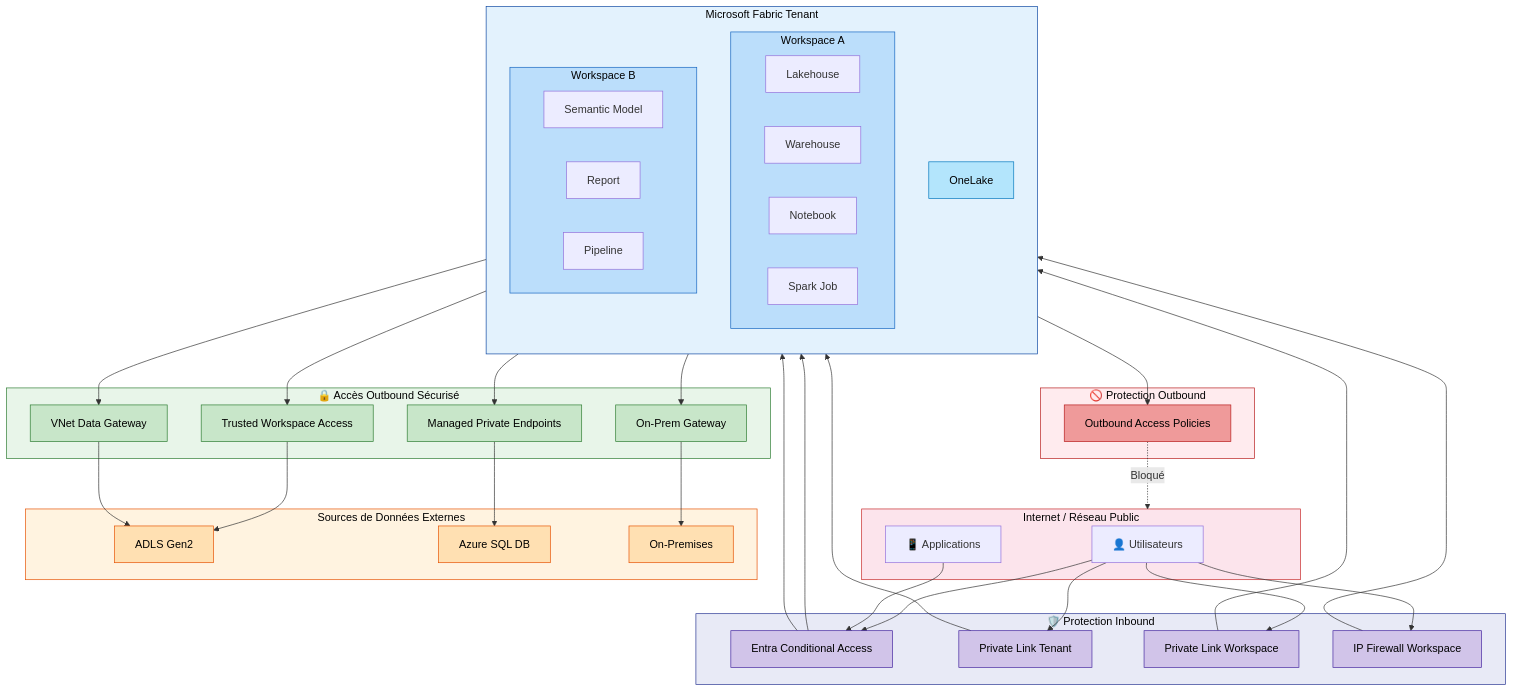
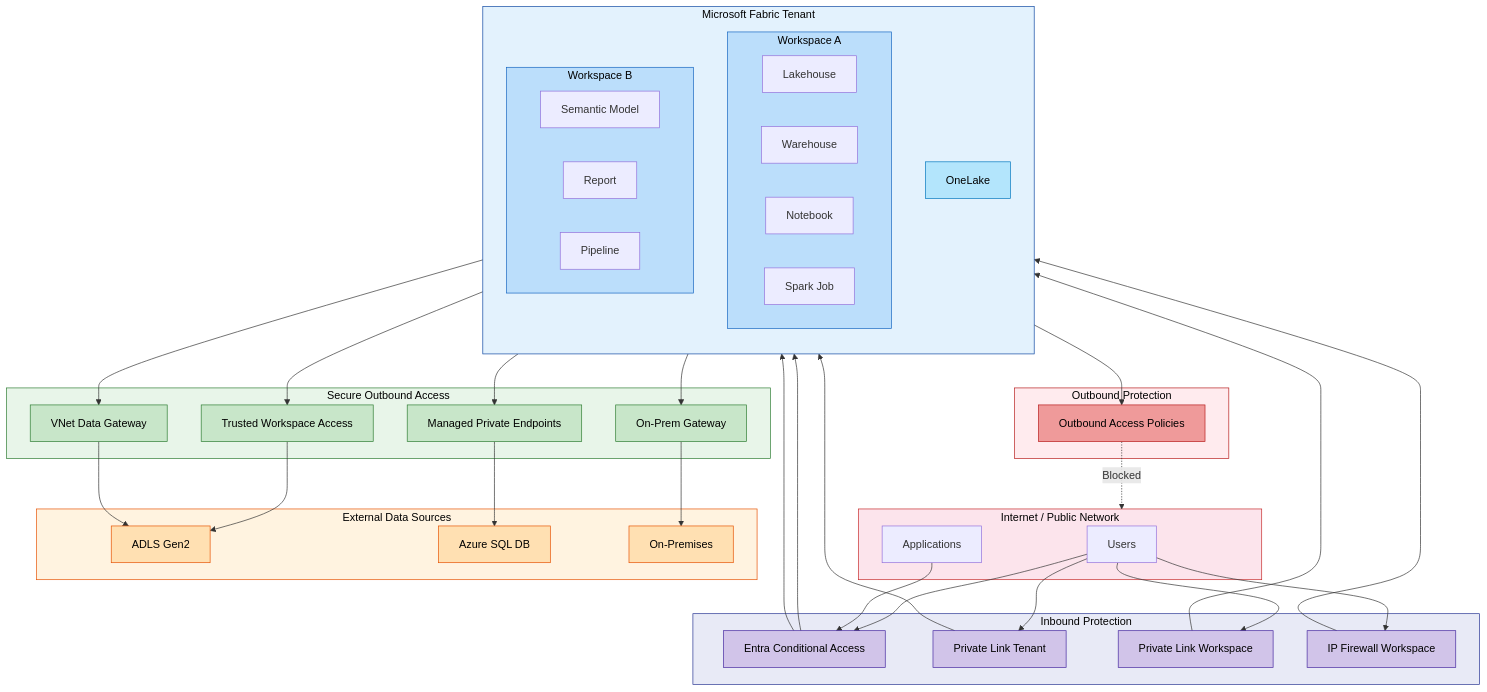
One commit to fredgis/fabric-foundry-kb changed the first of 12 diagrams in Fabric_Network_Security.md. Above: the diagram before and after it, drawn with Mermaid. The commit also changed other lines of this file and 2 other files, not shown here.

First line of the commit message:
Translate Fabric Network Security guide to English

````diff
--- a/Fabric_Network_Security.md
+++ b/Fabric_Network_Security.md
@@ -17,82 +17,82 @@
 ```mermaid
 flowchart TB
-    subgraph Internet["Internet / Réseau Public"]
-        Users["👤 Utilisateurs"]
-        ExtApps["📱 Applications"]
+    subgraph Internet["Internet / Public Network"]
+        Users["Users"]
+        ExtApps["Applications"]
     end
 
-    subgraph Inbound["🛡️ Protection Inbound"]
+    subgraph Inbound["Inbound Protection"]
         CA["Entra Conditional Access"]
         TLPL["Private Link Tenant"]
         WSPL["Private Link Workspace"]
         IPFW["IP Firewall Workspace"]
     end
 
     subgraph Fabric["Microsoft Fabric Tenant"]
         direction TB
         subgraph WS1["Workspace A"]
             LH["Lakehouse"]
             WH["Warehouse"]
             NB["Notebook"]
             SJD["Spark Job"]
         end
         subgraph WS2["Workspace B"]
             SM["Semantic Model"]
             RPT["Report"]
             PL["Pipeline"]
         end
         OL["OneLake"]
     end
 
-    subgraph Outbound["🔒 Accès Outbound Sécurisé"]
+    subgraph Outbound["Secure Outbound Access"]
         TWA["Trusted Workspace Access"]
         MPE["Managed Private Endpoints"]
         VGW["VNet Data Gateway"]
         OGW["On-Prem Gateway"]
     end
 
-    subgraph ExtData["Sources de Données Externes"]
+    subgraph ExtData["External Data Sources"]
         ADLS["ADLS Gen2"]
         ASQL["Azure SQL DB"]
         OnPrem["On-Premises"]
     end
 
-    subgraph OutProt["🚫 Protection Outbound"]
+    subgraph OutProt["Outbound Protection"]
         OAP["Outbound Access Policies"]
     end
 
     Users --> CA --> Fabric
     Users --> TLPL --> Fabric
     Users --> WSPL --> Fabric
     Users --> IPFW --> Fabric
     ExtApps --> CA --> Fabric
 
     Fabric --> TWA --> ADLS
     Fabric --> MPE --> ASQL
     Fabric --> VGW --> ADLS
     Fabric --> OGW --> OnPrem
     Fabric --> OAP
-    OAP -.->|Bloqué| Internet
+    OAP -.->|Blocked| Internet
 
     style Internet fill:#fce4ec,stroke:#c62828,color:#000
     style Inbound fill:#e8eaf6,stroke:#283593,color:#000
     style Fabric fill:#e3f2fd,stroke:#0d47a1,color:#000
     style WS1 fill:#bbdefb,stroke:#1565c0,color:#000
     style WS2 fill:#bbdefb,stroke:#1565c0,color:#000
     style Outbound fill:#e8f5e9,stroke:#2e7d32,color:#000
     style ExtData fill:#fff3e0,stroke:#e65100,color:#000
     style OutProt fill:#ffebee,stroke:#b71c1c,color:#000
     style OL fill:#b3e5fc,stroke:#0277bd,color:#000
     style CA fill:#d1c4e9,stroke:#4527a0,color:#000
     style TLPL fill:#d1c4e9,stroke:#4527a0,color:#000
     style WSPL fill:#d1c4e9,stroke:#4527a0,color:#000
     style IPFW fill:#d1c4e9,stroke:#4527a0,color:#000
     style TWA fill:#c8e6c9,stroke:#2e7d32,color:#000
     style MPE fill:#c8e6c9,stroke:#2e7d32,color:#000
     style VGW fill:#c8e6c9,stroke:#2e7d32,color:#000
     style OGW fill:#c8e6c9,stroke:#2e7d32,color:#000
     style OAP fill:#ef9a9a,stroke:#b71c1c,color:#000
     style ADLS fill:#ffe0b2,stroke:#e65100,color:#000
     style ASQL fill:#ffe0b2,stroke:#e65100,color:#000
     style OnPrem fill:#ffe0b2,stroke:#e65100,color:#000
 ```
````
